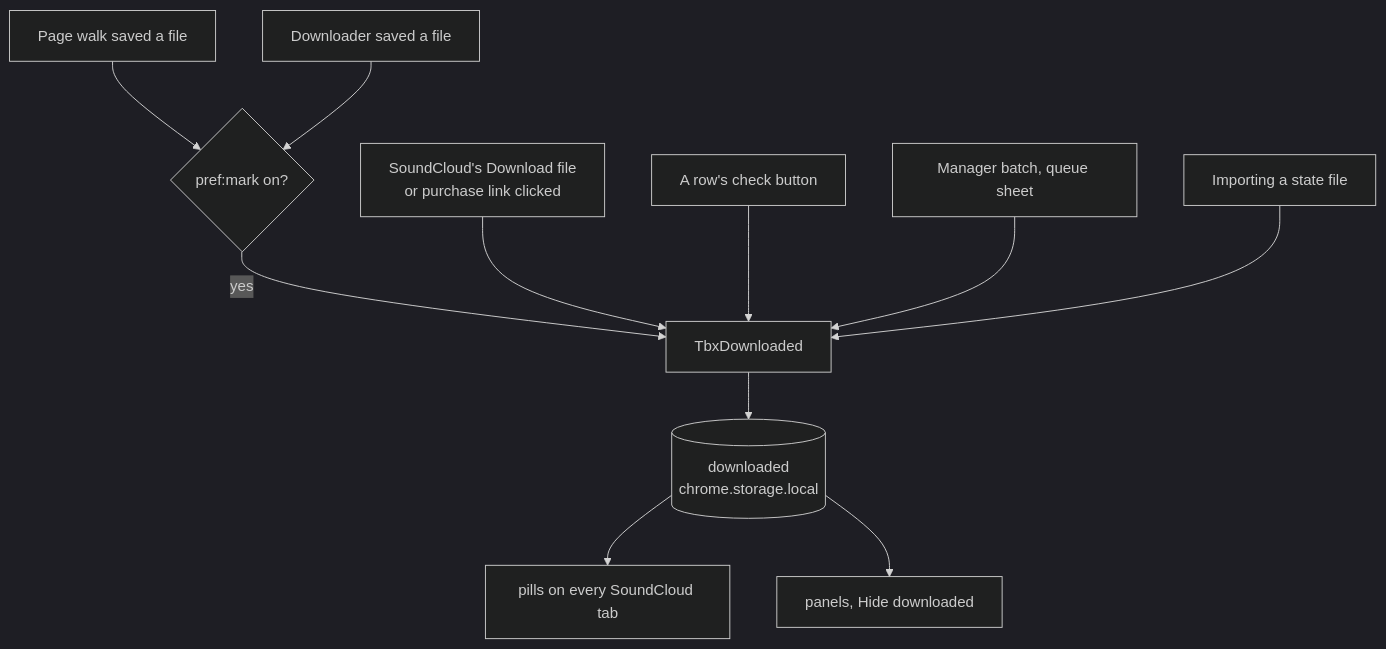
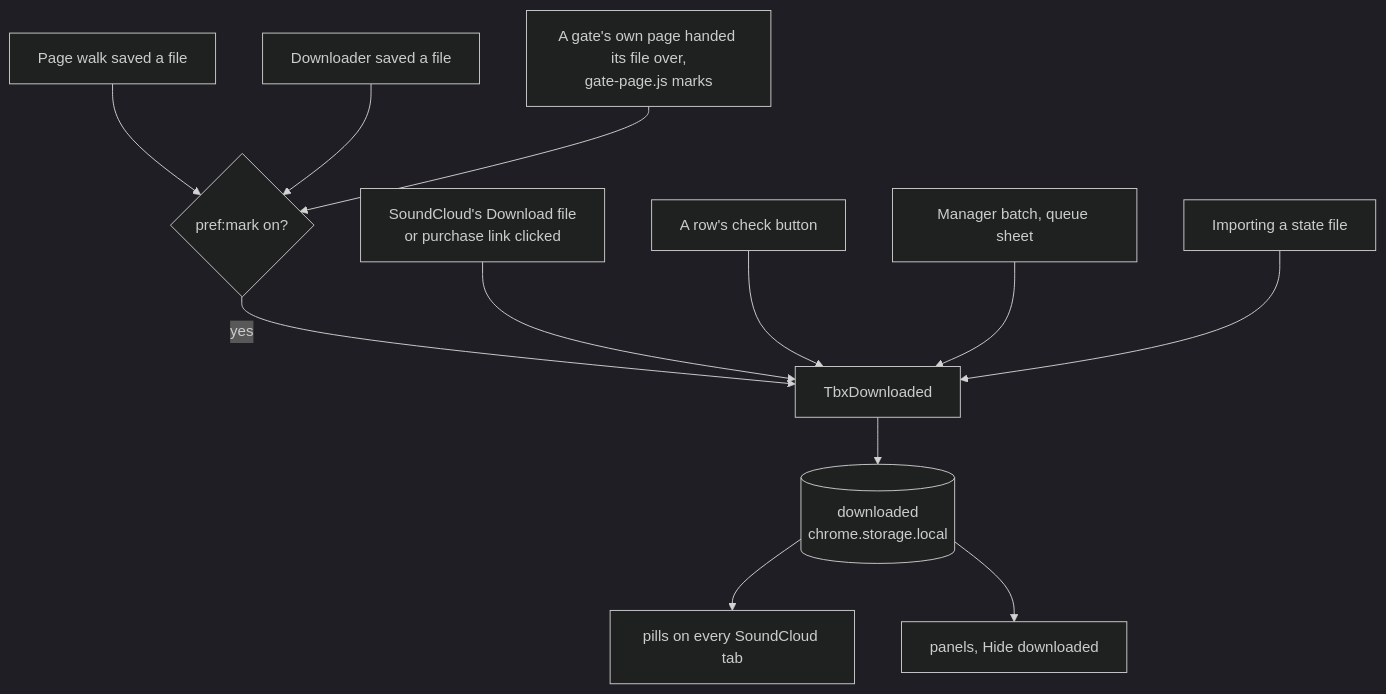
One commit to cutenode/localnetwork changed the sixth of 9 diagrams in apps/localtoolbox/docs/diagrams/state.md. Above: the diagram before and after it, drawn with Mermaid (dark theme). The commit also changed other lines of this file and 58 other files, not shown here.

````diff
--- a/apps/localtoolbox/docs/diagrams/state.md
+++ b/apps/localtoolbox/docs/diagrams/state.md
@@ -174,25 +182,27 @@
 ```mermaid
 flowchart TD
   Native["SoundCloud's Download file<br/>or purchase link clicked"]
   Walked["Page walk saved a file"]
   Saved["Downloader saved a file"]
+  OnPage["A gate's own page handed its file over,<br/>gate-page.js marks"]
   Row["A row's check button"]
   Batch["Manager batch, queue sheet"]
   Import["Importing a state file"]
   Setting{"pref:mark on?"}
   Store["TbxDownloaded"]
   Key[("downloaded<br/>chrome.storage.local")]
   Pills["pills on every SoundCloud tab"]
   Rows["panels, Hide downloaded"]
 
   Walked --> Setting
   Saved --> Setting
+  OnPage --> Setting
   Setting -->|yes| Store
   Native --> Store
   Row --> Store
   Batch --> Store
   Import --> Store
   Store --> Key
   Key --> Pills
   Key --> Rows
 ```
````
